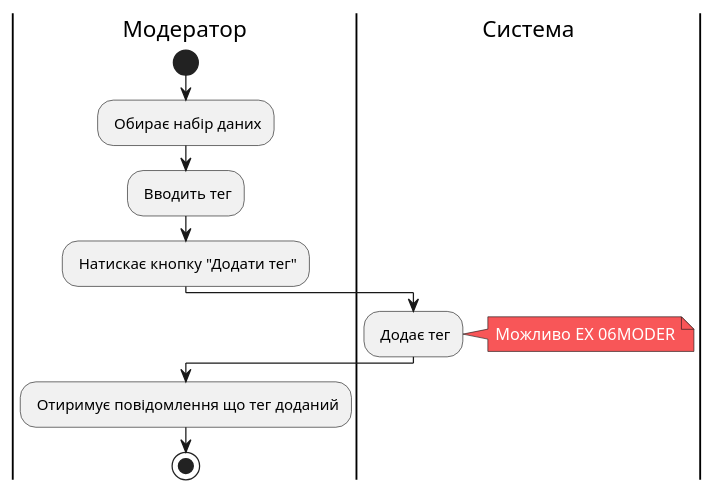
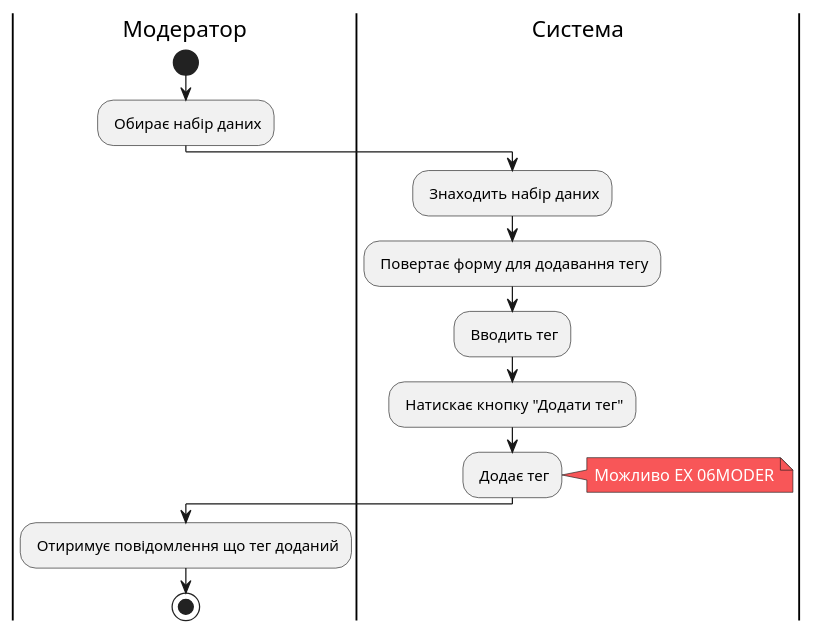
The diagram in src/uml/UC_5.4.puml (KarmazinN/db_open_data), drawn with PlantUML before and after one commit.

```diff
--- a/src/uml/UC_5.4.puml
+++ b/src/uml/UC_5.4.puml
@@ -1,34 +1,38 @@
 @startuml
 skinparam ArchimateBackgroundColor #ffffff
 skinparam	shadowing false
 skinparam Note {
 	BackgroundColor #f85658
 	FontColor #ffffff
 }
 
 
 
 |Модератор|
 start
 : Обирає набір даних;
+
+|Система|
+: Знаходить набір даних; 
+: Повертає форму для додавання тегу;
 
 : Вводить тег;
 
 
 : Натискає кнопку "Додати тег";
 
 |Система|
 
 : Додає тег;
 note right
 Можливо ЕХ 06MODER
 end note
 
 |Модератор|
 
 : Отиримує повідомлення що тег доданий;
 
 stop;
 
 
 @enduml
```
